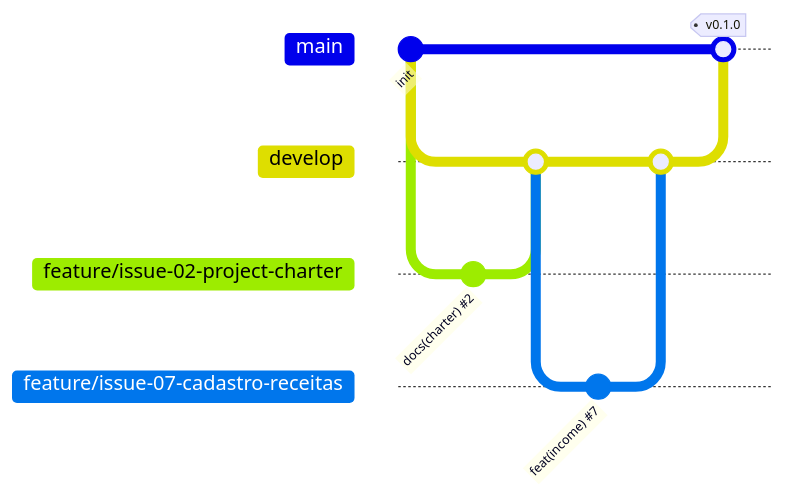
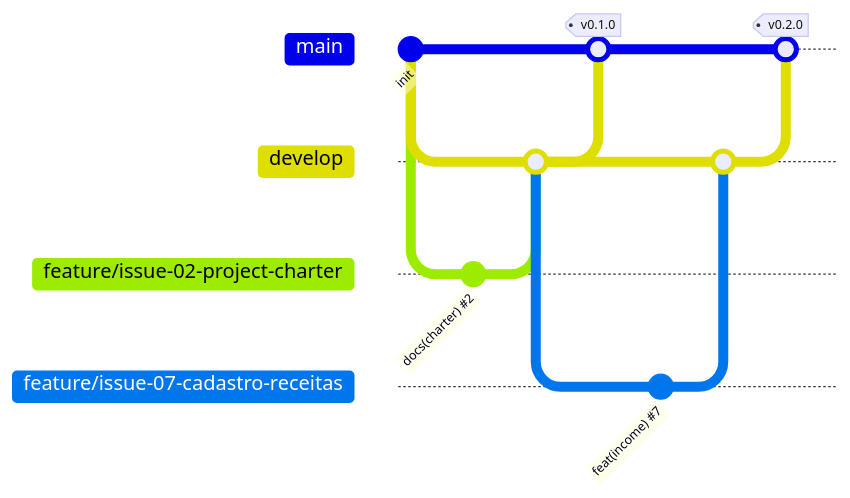
Before and after one commit to Rejane-prog/segura-a-grana: the diagram in README.md, drawn with Mermaid. The commit also changed other lines of this file, not shown here.

````diff
--- a/README.md
+++ b/README.md
@@ -62,16 +88,19 @@
 ```mermaid
 gitGraph
   commit id: "init"
   branch develop
   checkout develop
   branch feature/issue-02-project-charter
   commit id: "docs(charter) #2"
   checkout develop
   merge feature/issue-02-project-charter
+  checkout main
+  merge develop tag: "v0.1.0"
+  checkout develop
   branch feature/issue-07-cadastro-receitas
   commit id: "feat(income) #7"
   checkout develop
   merge feature/issue-07-cadastro-receitas
   checkout main
-  merge develop tag: "v0.1.0"
+  merge develop tag: "v0.2.0"
 ```
````
